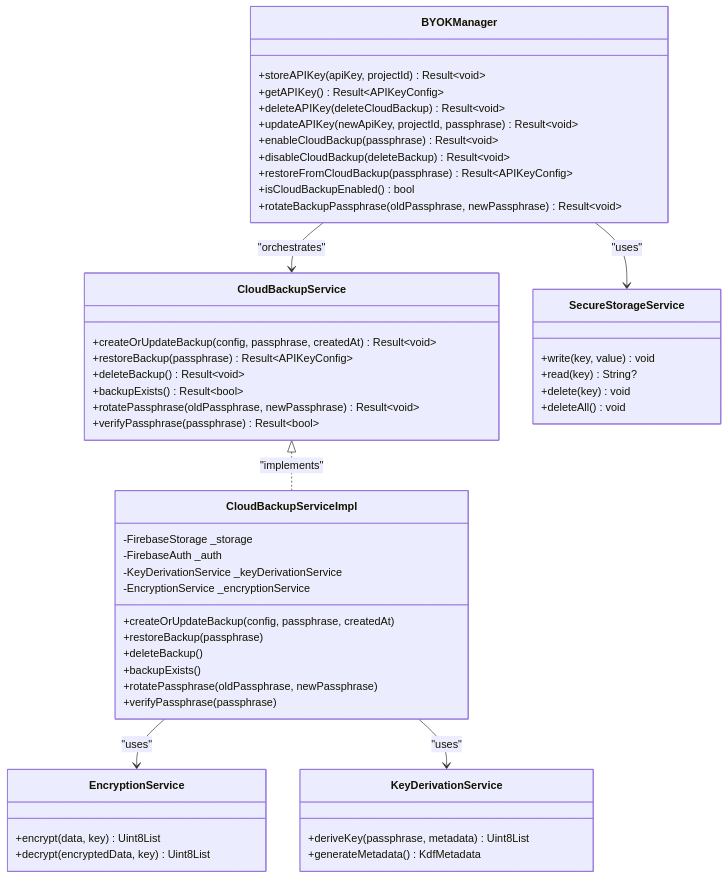
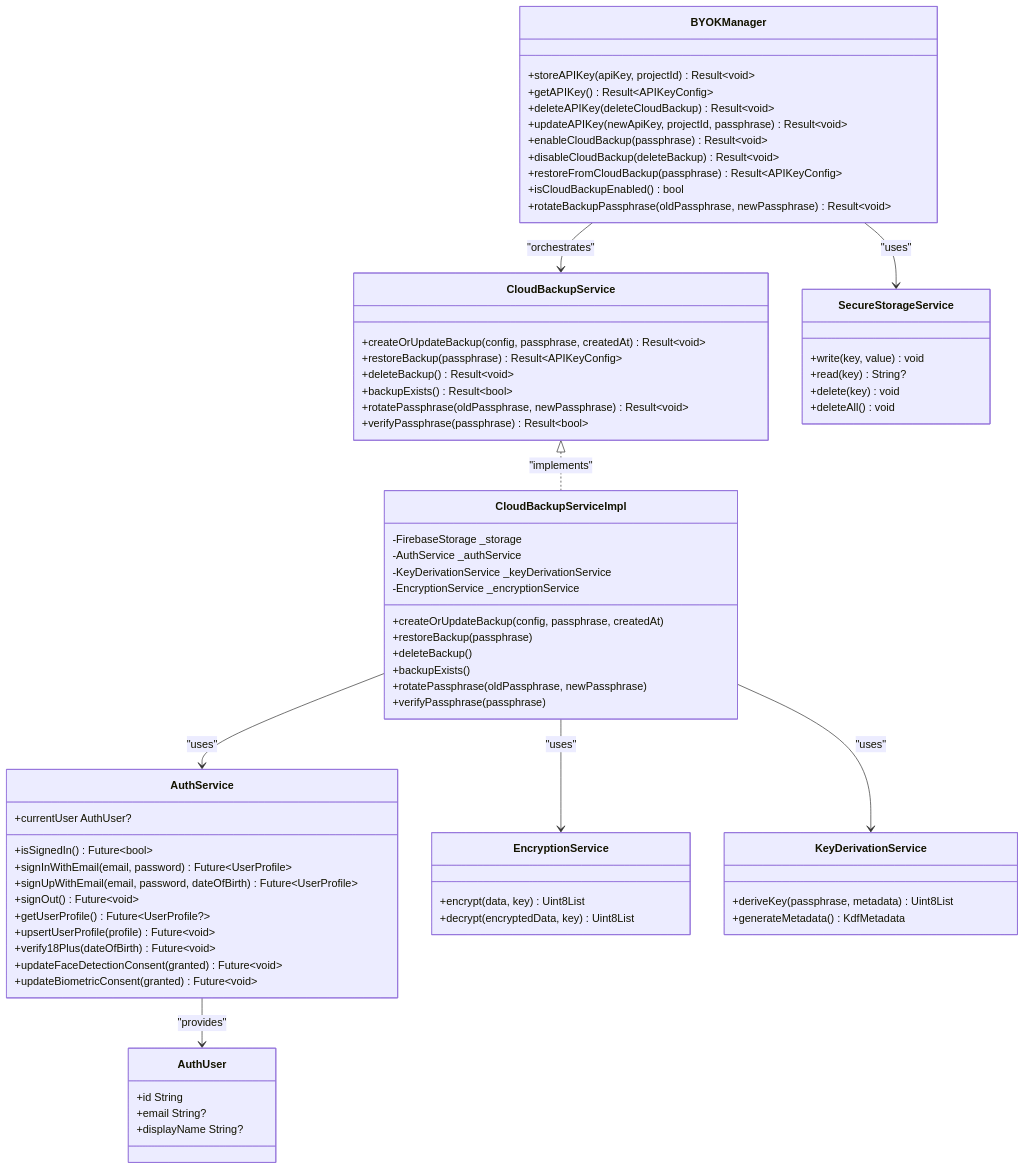
One commit to JAaron93/StyleSync changed the sixth of 13 diagrams in .qoder/repowiki/en/content/Core Services/BYOK Manager/Cloud Backup Integration.md. Above: the diagram before and after it, drawn with Mermaid. The commit also changed other lines of this file and 36 other files, not shown here.

````diff
--- a/.qoder/repowiki/en/content/Core Services/BYOK Manager/Cloud Backup Integration.md
+++ b/.qoder/repowiki/en/content/Core Services/BYOK Manager/Cloud Backup Integration.md
@@ -209,53 +239,72 @@
 ```mermaid
 classDiagram
 class BYOKManager {
 +storeAPIKey(apiKey, projectId) Result~void~
 +getAPIKey() Result~APIKeyConfig~
 +deleteAPIKey(deleteCloudBackup) Result~void~
 +updateAPIKey(newApiKey, projectId, passphrase) Result~void~
 +enableCloudBackup(passphrase) Result~void~
 +disableCloudBackup(deleteBackup) Result~void~
 +restoreFromCloudBackup(passphrase) Result~APIKeyConfig~
 +isCloudBackupEnabled() bool
 +rotateBackupPassphrase(oldPassphrase, newPassphrase) Result~void~
 }
 class CloudBackupService {
 +createOrUpdateBackup(config, passphrase, createdAt) Result~void~
 +restoreBackup(passphrase) Result~APIKeyConfig~
 +deleteBackup() Result~void~
 +backupExists() Result~bool~
 +rotatePassphrase(oldPassphrase, newPassphrase) Result~void~
 +verifyPassphrase(passphrase) Result~bool~
 }
 class CloudBackupServiceImpl {
 -FirebaseStorage _storage
--FirebaseAuth _auth
+-AuthService _authService
 -KeyDerivationService _keyDerivationService
 -EncryptionService _encryptionService
 +createOrUpdateBackup(config, passphrase, createdAt)
 +restoreBackup(passphrase)
 +deleteBackup()
 +backupExists()
 +rotatePassphrase(oldPassphrase, newPassphrase)
 +verifyPassphrase(passphrase)
+}
+class AuthService {
++currentUser AuthUser?
++isSignedIn() Future~bool~
++signInWithEmail(email, password) Future~UserProfile~
++signUpWithEmail(email, password, dateOfBirth) Future~UserProfile~
++signOut() Future~void~
++getUserProfile() Future~UserProfile?~
++upsertUserProfile(profile) Future~void~
++verify18Plus(dateOfBirth) Future~void~
++updateFaceDetectionConsent(granted) Future~void~
++updateBiometricConsent(granted) Future~void~
+}
+class AuthUser {
++id String
++email String?
++displayName String?
 }
 class EncryptionService {
 +encrypt(data, key) Uint8List
 +decrypt(encryptedData, key) Uint8List
 }
 class KeyDerivationService {
 +deriveKey(passphrase, metadata) Uint8List
 +generateMetadata() KdfMetadata
 }
 class SecureStorageService {
 +write(key, value) void
 +read(key) String?
 +delete(key) void
 +deleteAll() void
 }
 BYOKManager --> CloudBackupService : "orchestrates"
 CloudBackupService <|.. CloudBackupServiceImpl : "implements"
 CloudBackupServiceImpl --> EncryptionService : "uses"
 CloudBackupServiceImpl --> KeyDerivationService : "uses"
+CloudBackupServiceImpl --> AuthService : "uses"
 BYOKManager --> SecureStorageService : "uses"
+AuthService --> AuthUser : "provides"
 ```
````
